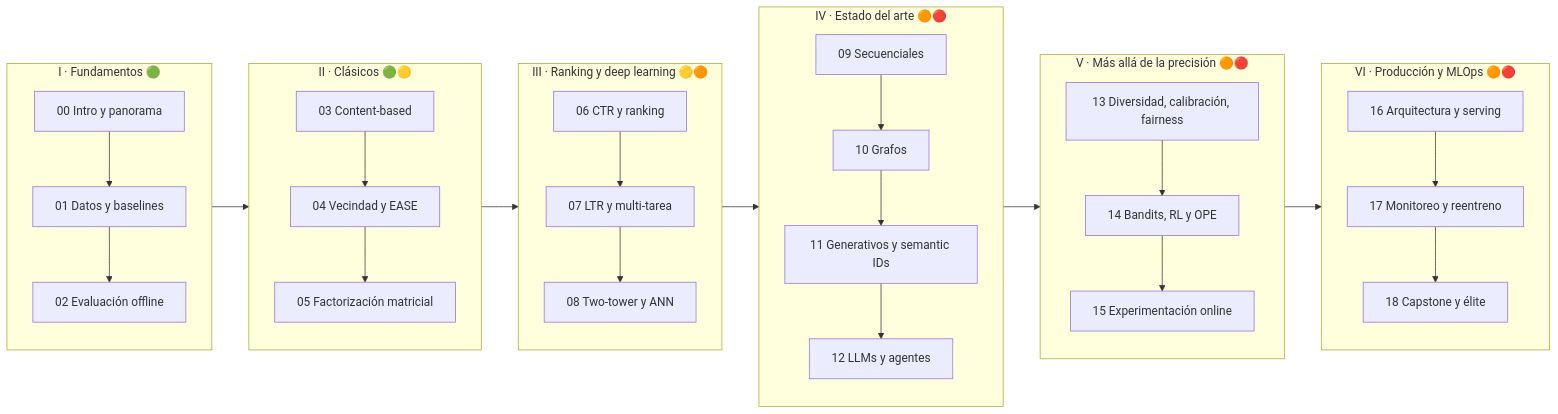
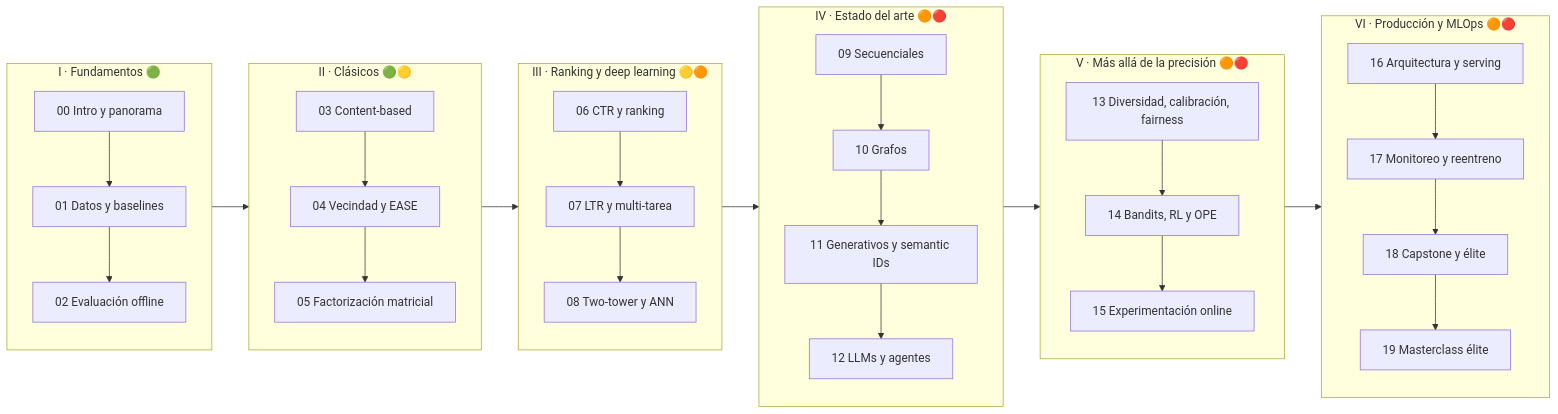
One commit to padillacm/IA-practice changed the first of 2 diagrams in recsys-course/README.md. Above: the diagram before and after it, drawn with Mermaid. The commit also changed other lines of this file and 11 other files, not shown here.

````diff
--- a/recsys-course/README.md
+++ b/recsys-course/README.md
@@ -13,22 +13,22 @@
 ```mermaid
 flowchart LR
     subgraph I["I · Fundamentos 🟢"]
         M00[00 Intro y panorama] --> M01[01 Datos y baselines] --> M02[02 Evaluación offline]
     end
     subgraph II["II · Clásicos 🟢🟡"]
         M03[03 Content-based] --> M04[04 Vecindad y EASE] --> M05[05 Factorización matricial]
     end
     subgraph III["III · Ranking y deep learning 🟡🟠"]
         M06[06 CTR y ranking] --> M07[07 LTR y multi-tarea] --> M08[08 Two-tower y ANN]
     end
     subgraph IV["IV · Estado del arte 🟠🔴"]
         M09[09 Secuenciales] --> M10[10 Grafos] --> M11[11 Generativos y semantic IDs] --> M12[12 LLMs y agentes]
     end
     subgraph V["V · Más allá de la precisión 🟠🔴"]
         M13[13 Diversidad, calibración, fairness] --> M14[14 Bandits, RL y OPE] --> M15[15 Experimentación online]
     end
     subgraph VI["VI · Producción y MLOps 🟠🔴"]
-        M16[16 Arquitectura y serving] --> M17[17 Monitoreo y reentreno] --> M18[18 Capstone y élite]
+        M16[16 Arquitectura y serving] --> M17[17 Monitoreo y reentreno] --> M18[18 Capstone y élite] --> M19[19 Masterclass élite]
     end
     I --> II --> III --> IV --> V --> VI
 ```
````
